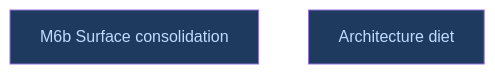
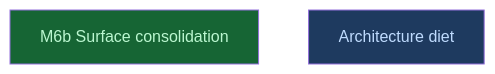
The diagram in __roadmap__/candler-v1/contracts/parity/alignment/surfaces/isolation/m5b/stats/surface/README.md (CrackingShells/Candler), drawn with Mermaid before and after one commit. The commit also changed other lines of this file, not shown here.

Commit message:
rdm(api): mark m6b done (merged in #56)

````diff
--- a/__roadmap__/candler-v1/contracts/parity/alignment/surfaces/isolation/m5b/stats/surface/README.md
+++ b/__roadmap__/candler-v1/contracts/parity/alignment/surfaces/isolation/m5b/stats/surface/README.md
@@ -16,10 +16,10 @@
 ```mermaid
 graph TD
-    m6b_surface_consolidation[M6b Surface consolidation]:::amendment
+    m6b_surface_consolidation[M6b Surface consolidation]:::done
     diet[Architecture diet]:::amendment
     classDef done       fill:#166534,color:#bbf7d0
     classDef inprogress fill:#854d0e,color:#fef08a
     classDef planned    fill:#374151,color:#e5e7eb
     classDef amendment  fill:#1e3a5f,color:#bfdbfe
     classDef blocked    fill:#7f1d1d,color:#fecaca
 ```
````
